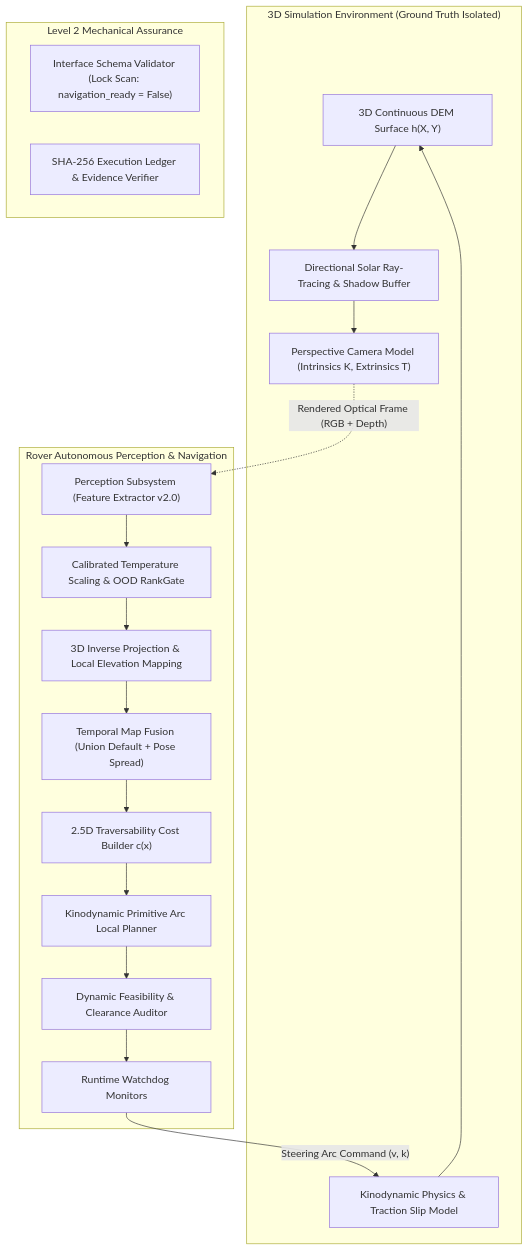
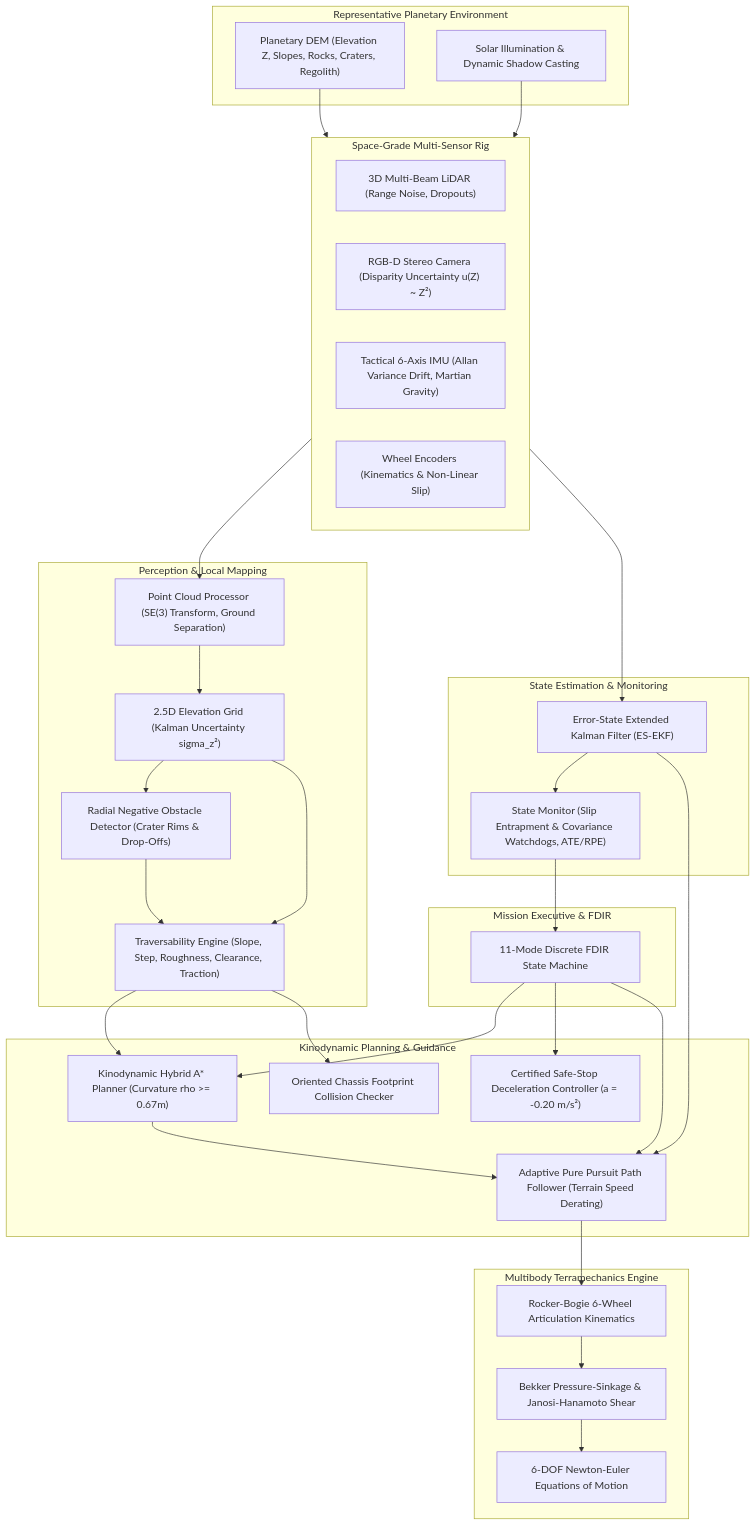
One commit to ananya39836-blip/apps-mars-perception changed the diagram in docs/SYSTEM_ARCHITECTURE.md. Above: the diagram before and after it, drawn with Mermaid. The commit also changed other lines of this file and 53 other files, not shown here.

Commit message:
feat(trl5): complete NASA TRL 5 autonomous planetary rover navigation upgrade, V&V campaign, and dashboard

````diff
--- a/docs/SYSTEM_ARCHITECTURE.md
+++ b/docs/SYSTEM_ARCHITECTURE.md
@@ -9,25 +14,64 @@
 ```mermaid
 flowchart TD
-    subgraph S3D["3D Simulation Environment (Ground Truth Isolated)"]
-        DEM["3D Continuous DEM Surface h(X, Y)"] --> RAY["Directional Solar Ray-Tracing & Shadow Buffer"]
-        RAY --> CAM["Perspective Camera Model (Intrinsics K, Extrinsics T)"]
-        ROV_PHYS["Kinodynamic Physics & Traction Slip Model"] --> DEM
+    subgraph Env["Representative Planetary Environment"]
+        Terrain["Planetary DEM (Elevation Z, Slopes, Rocks, Craters, Regolith)"]
+        Lighting["Solar Illumination & Dynamic Shadow Casting"]
     end
 
-    subgraph ROV["Rover Autonomous Perception & Navigation"]
-        CAM -.->|"Rendered Optical Frame (RGB + Depth)"| PERC["Perception Subsystem (Feature Extractor v2.0)"]
-        PERC --> CAL["Calibrated Temperature Scaling & OOD RankGate"]
-        CAL --> REPROJ["3D Inverse Projection & Local Elevation Mapping"]
-        REPROJ --> FUSE["Temporal Map Fusion (Union Default + Pose Spread)"]
-        FUSE --> TRAV["2.5D Traversability Cost Builder c(x)"]
-        TRAV --> LATTICE["Kinodynamic Primitive Arc Local Planner"]
-        LATTICE --> AUDIT["Dynamic Feasibility & Clearance Auditor"]
-        AUDIT --> WD["Runtime Watchdog Monitors"]
-        WD -->|"Steering Arc Command (v, k)"| ROV_PHYS
+    subgraph Sensors["Space-Grade Multi-Sensor Rig"]
+        LiDAR["3D Multi-Beam LiDAR (Range Noise, Dropouts)"]
+        Camera["RGB-D Stereo Camera (Disparity Uncertainty u(Z) ~ Z²)"]
+        IMU["Tactical 6-Axis IMU (Allan Variance Drift, Martian Gravity)"]
+        Odom["Wheel Encoders (Kinematics & Non-Linear Slip)"]
     end
 
-    subgraph ASSURANCE["Level 2 Mechanical Assurance"]
-        SCHEMA["Interface Schema Validator (Lock Scan: navigation_ready = False)"]
-        LEDGER["SHA-256 Execution Ledger & Evidence Verifier"]
+    subgraph Perception["Perception & Local Mapping"]
+        PCProc["Point Cloud Processor (SE(3) Transform, Ground Separation)"]
+        ElevMap["2.5D Elevation Grid (Kalman Uncertainty sigma_z²)"]
+        NegObs["Radial Negative Obstacle Detector (Crater Rims & Drop-Offs)"]
+        Trav["Traversability Engine (Slope, Step, Roughness, Clearance, Traction)"]
     end
+
+    subgraph Localization["State Estimation & Monitoring"]
+        ESEKF["Error-State Extended Kalman Filter (ES-EKF)"]
+        Mon["State Monitor (Slip Entrapment & Covariance Watchdogs, ATE/RPE)"]
+    end
+
+    subgraph Planning["Kinodynamic Planning & Guidance"]
+        Planner["Kinodynamic Hybrid A* Planner (Curvature rho >= 0.67m)"]
+        Checker["Oriented Chassis Footprint Collision Checker"]
+        Tracker["Adaptive Pure Pursuit Path Follower (Terrain Speed Derating)"]
+        SafeStop["Certified Safe-Stop Deceleration Controller (a = -0.20 m/s²)"]
+    end
+
+    subgraph Executive["Mission Executive & FDIR"]
+        FSM["11-Mode Discrete FDIR State Machine"]
+    end
+
+    subgraph Dynamics["Multibody Terramechanics Engine"]
+        RockerBogie["Rocker-Bogie 6-Wheel Articulation Kinematics"]
+        Terramechanics["Bekker Pressure-Sinkage & Janosi-Hanamoto Shear"]
+        NewtonEuler["6-DOF Newton-Euler Equations of Motion"]
+    end
+
+    Terrain --> Sensors
+    Lighting --> Sensors
+    Sensors --> PCProc
+    Sensors --> ESEKF
+    PCProc --> ElevMap
+    ElevMap --> NegObs
+    ElevMap --> Trav
+    NegObs --> Trav
+    ESEKF --> Mon
+    Mon --> FSM
+    Trav --> Planner
+    Trav --> Checker
+    ESEKF --> Tracker
+    Planner --> Tracker
+    Tracker --> RockerBogie
+    RockerBogie --> Terramechanics
+    Terramechanics --> NewtonEuler
+    FSM --> Planner
+    FSM --> SafeStop
+    FSM --> Tracker
 ```
````
